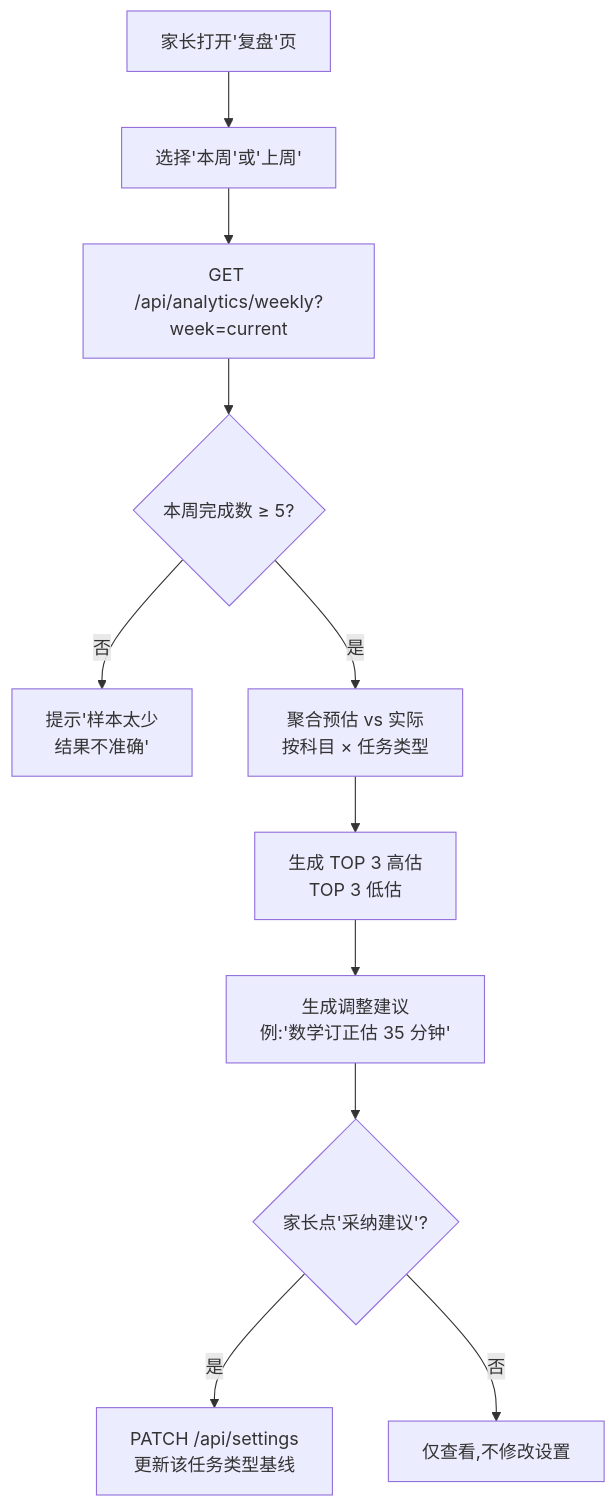
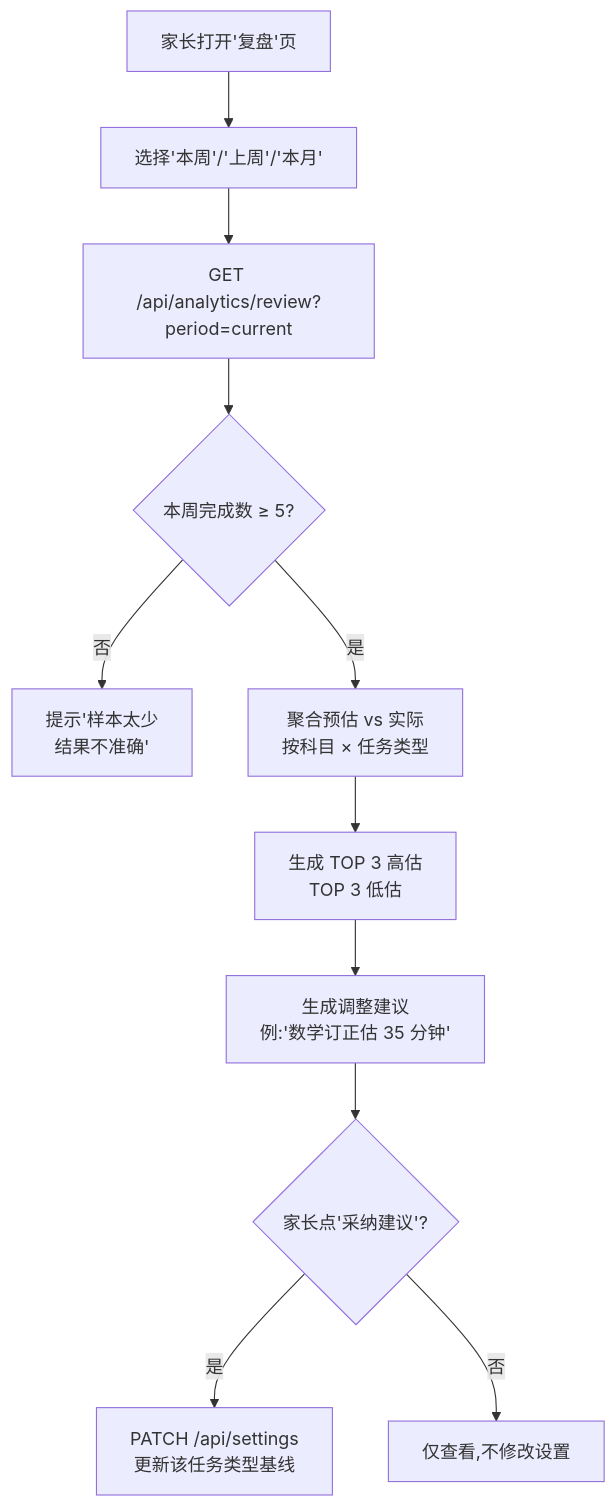
Before and after one commit to JakLiao/study-tracker: the third of 3 diagrams in docs/01-功能设计.md, drawn with Mermaid. The commit also changed other lines of this file and 16 other files, not shown here.

````diff
--- a/docs/01-功能设计.md
+++ b/docs/01-功能设计.md
@@ -258,13 +258,13 @@
 ```mermaid
 flowchart TD
-    A[家长打开'复盘'页] --> B[选择'本周'或'上周']
-    B --> C[GET /api/analytics/weekly?week=current]
+    A[家长打开'复盘'页] --> B[选择'本周'/'上周'/'本月']
+    B --> C[GET /api/analytics/review?period=current]
     C --> D{本周完成数 ≥ 5?}
     D -- 否 --> D1[提示'样本太少<br/>结果不准确']
     D -- 是 --> E[聚合预估 vs 实际<br/>按科目 × 任务类型]
     E --> F[生成 TOP 3 高估<br/>TOP 3 低估]
     F --> G[生成调整建议<br/>例:'数学订正估 35 分钟']
     G --> H{家长点'采纳建议'?}
     H -- 是 --> H2[PATCH /api/settings<br/>更新该任务类型基线]
     H -- 否 --> I[仅查看,不修改设置]
 ```
````
